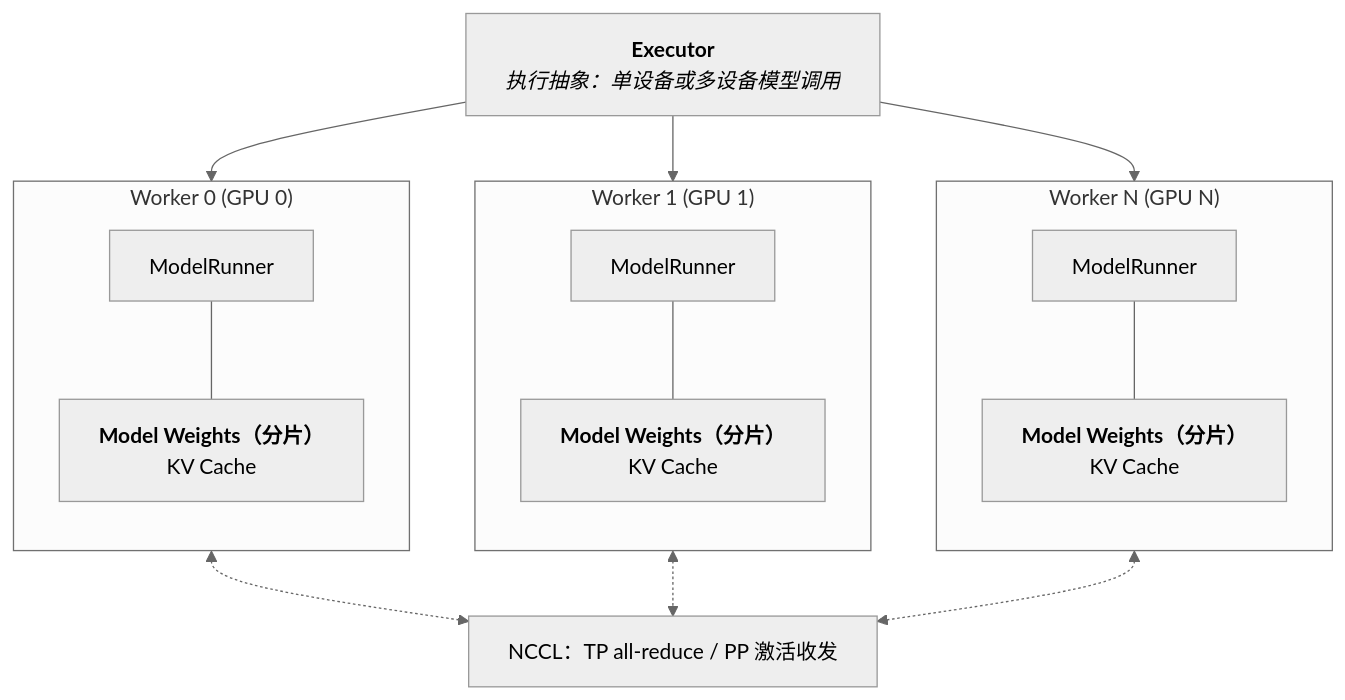
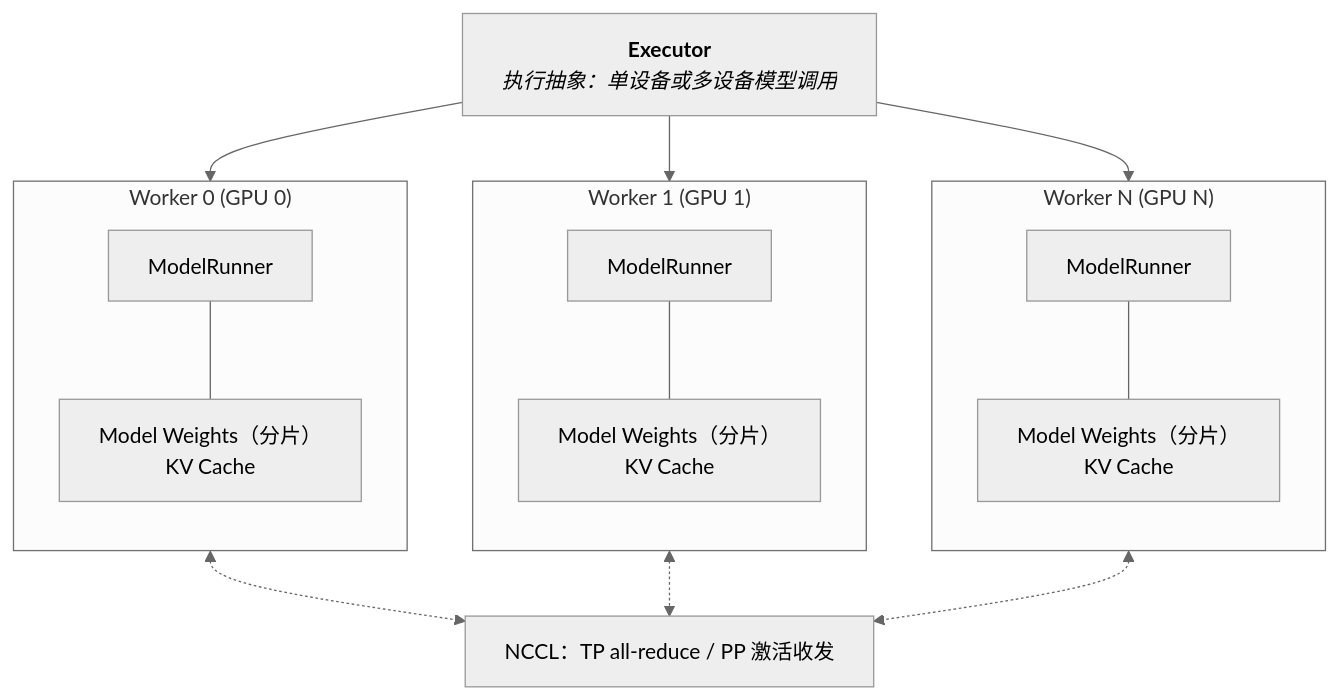
Before and after one commit to arganzheng/arganzheng.github.com: the sixth of 9 diagrams in slides/2026-08-25-deep-dive-into-vllm.md, drawn with Mermaid (neutral theme). The commit also changed other lines of this file and 3 other files, not shown here.

First line of the commit message:
为什么 LLM Serving 难（01）：请求流程图与 Prefill/Decode 数据流图改为 Mermaid，时间线箭头接上方框；幻灯片同步

````diff
--- a/slides/2026-08-25-deep-dive-into-vllm.md
+++ b/slides/2026-08-25-deep-dive-into-vllm.md
@@ -197,20 +235,20 @@
 ```mermaid
 %%{init: {"flowchart": {"wrappingWidth": 260}}}%%
 graph TB
     EX["<b>Executor</b><br/><i>执行抽象：单设备或多设备模型调用</i>"]
     EX --> W0 & W1 & WN
     subgraph W0["Worker 0 (GPU 0)"]
         direction TB
-        M0["ModelRunner"] --- S0["<b>Model Weights（分片）</b><br/>KV Cache"]
+        M0["ModelRunner"] --- S0["Model Weights（分片）<br/>KV Cache"]
     end
     subgraph W1["Worker 1 (GPU 1)"]
         direction TB
-        M1["ModelRunner"] --- S1["<b>Model Weights（分片）</b><br/>KV Cache"]
+        M1["ModelRunner"] --- S1["Model Weights（分片）<br/>KV Cache"]
     end
     subgraph WN["Worker N (GPU N)"]
         direction TB
-        MN["ModelRunner"] --- SN["<b>Model Weights（分片）</b><br/>KV Cache"]
+        MN["ModelRunner"] --- SN["Model Weights（分片）<br/>KV Cache"]
     end
     NC["NCCL：TP all-reduce / PP 激活收发"]
     W0 & W1 & WN <-.-> NC
 ```
````
